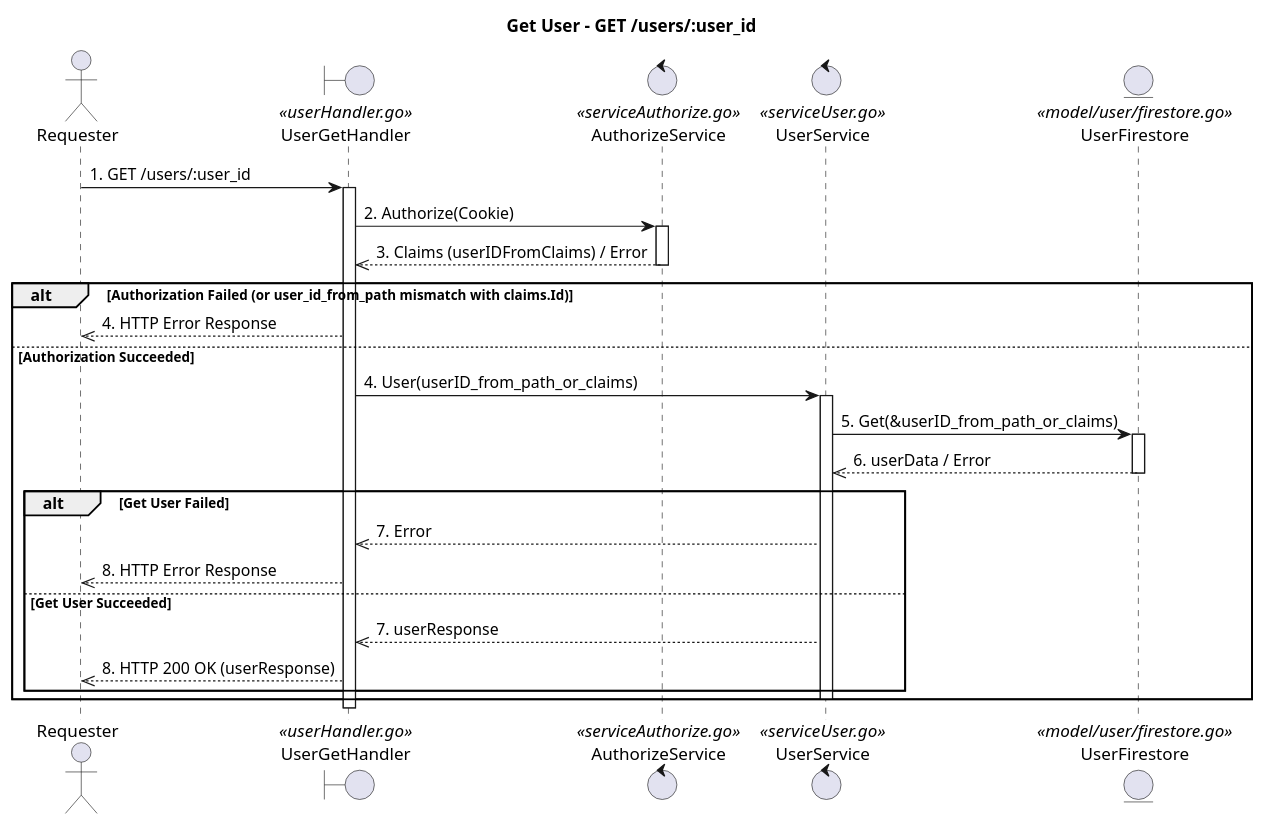
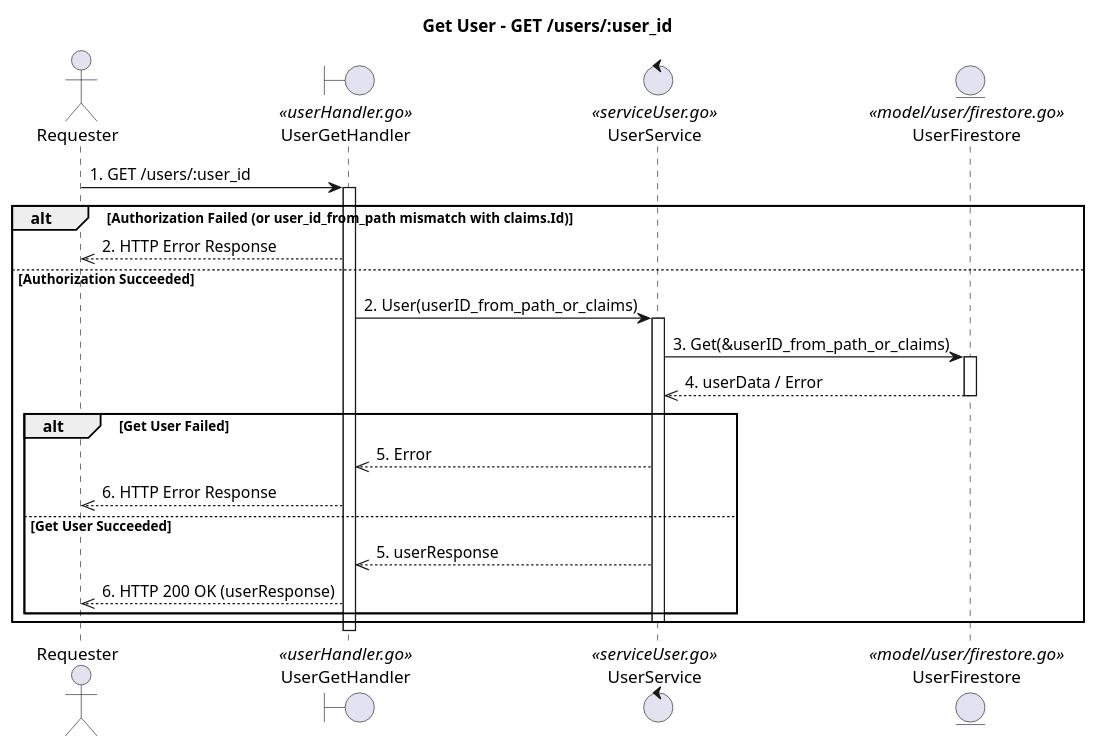
The diagram in docs/Get/SequenciaGetUser.puml (JulioKobayashiEbury/BankingAPI), drawn with PlantUML before and after one commit. The commit also changed 44 other files, not shown here.

```diff
--- a/docs/Get/SequenciaGetUser.puml
+++ b/docs/Get/SequenciaGetUser.puml
@@ -1,39 +1,34 @@
 @startuml
 title Get User - GET /users/:user_id
 
 actor Requester
 boundary UserGetHandler <<userHandler.go>>
-control AuthorizeService <<serviceAuthorize.go>>
 control UserService <<serviceUser.go>>
 entity UserFirestore <<model/user/firestore.go>>
 
 Requester -> UserGetHandler : 1. GET /users/:user_id
 activate UserGetHandler
 
-UserGetHandler -> AuthorizeService : 2. Authorize(Cookie)
-activate AuthorizeService
-AuthorizeService -->> UserGetHandler : 3. Claims (userIDFromClaims) / Error
-deactivate AuthorizeService
 
 alt Authorization Failed (or user_id_from_path mismatch with claims.Id)
-    UserGetHandler -->> Requester : 4. HTTP Error Response
+    UserGetHandler -->> Requester : 2. HTTP Error Response
 else Authorization Succeeded
     ' Initialize DBs
-    UserGetHandler -> UserService : 4. User(userID_from_path_or_claims)
+    UserGetHandler -> UserService : 2. User(userID_from_path_or_claims)
     activate UserService
-    UserService -> UserFirestore : 5. Get(&userID_from_path_or_claims)
+    UserService -> UserFirestore : 3. Get(&userID_from_path_or_claims)
     activate UserFirestore
-    UserFirestore -->> UserService : 6. userData / Error
+    UserFirestore -->> UserService : 4. userData / Error
     deactivate UserFirestore
     
     alt Get User Failed
-        UserService -->> UserGetHandler : 7. Error
-        UserGetHandler -->> Requester : 8. HTTP Error Response
+        UserService -->> UserGetHandler : 5. Error
+        UserGetHandler -->> Requester : 6. HTTP Error Response
     else Get User Succeeded
-        UserService -->> UserGetHandler : 7. userResponse
-        UserGetHandler -->> Requester : 8. HTTP 200 OK (userResponse)
+        UserService -->> UserGetHandler : 5. userResponse
+        UserGetHandler -->> Requester : 6. HTTP 200 OK (userResponse)
     end
     deactivate UserService
 end
 deactivate UserGetHandler
 @enduml
```
